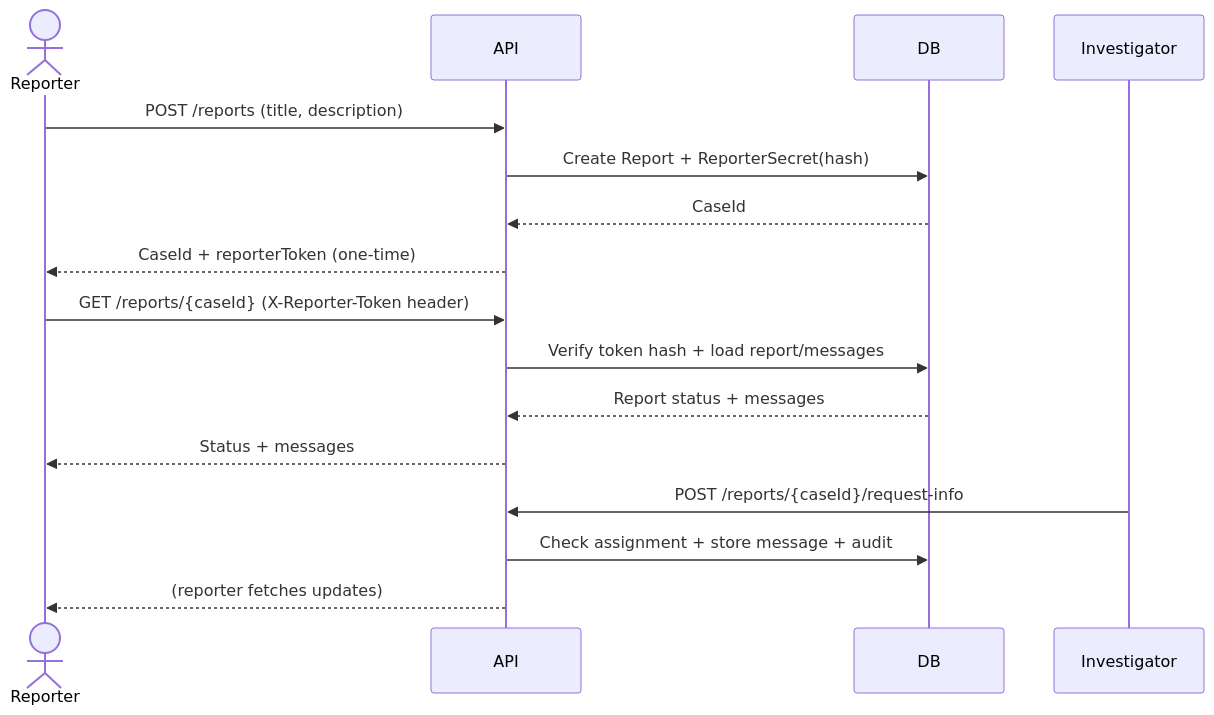
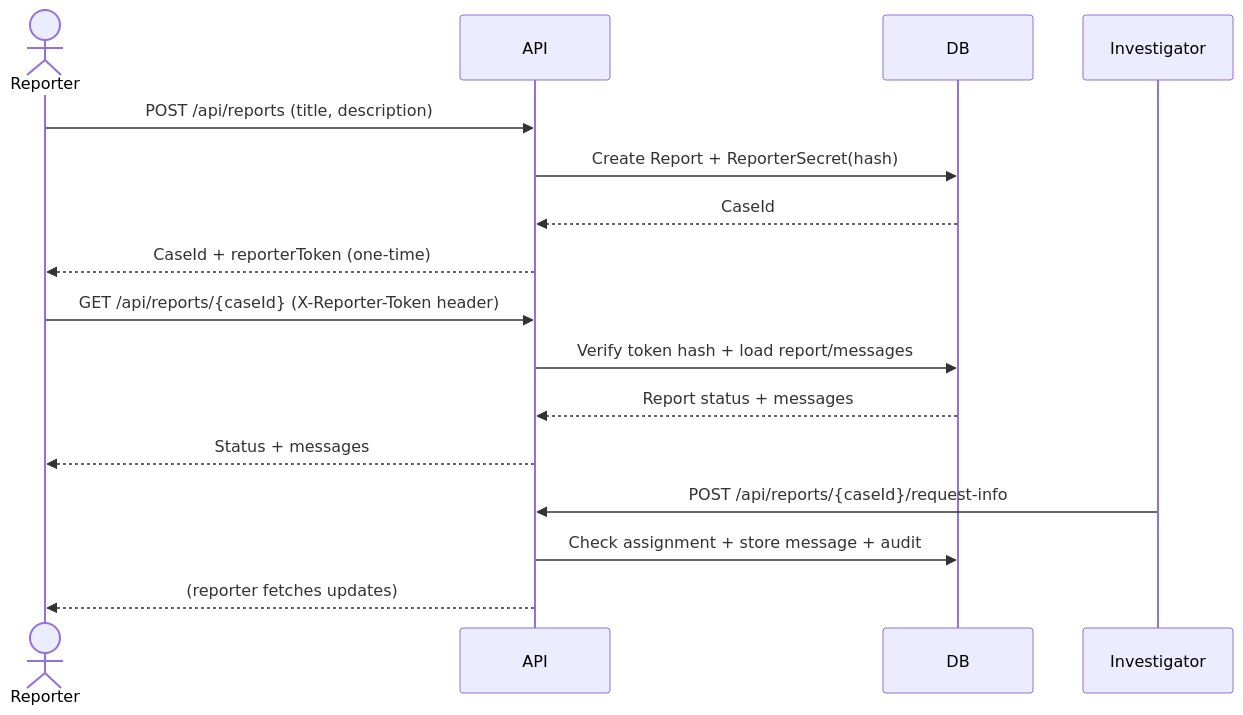
Before and after one commit to obeejohnkanobi/whistleblowerNews: the first of 4 diagrams in docs/whistleblower-design.md, drawn with Mermaid. The commit also changed other lines of this file and 239 other files, not shown here.

````diff
--- a/docs/whistleblower-design.md
+++ b/docs/whistleblower-design.md
@@ -61,21 +76,21 @@
 ```mermaid
 sequenceDiagram
     actor Reporter
     participant API
     participant DB
     participant Investigator
 
-    Reporter->>API: POST /reports (title, description)
+    Reporter->>API: POST /api/reports (title, description)
     API->>DB: Create Report + ReporterSecret(hash)
     DB-->>API: CaseId
     API-->>Reporter: CaseId + reporterToken (one-time)
 
-    Reporter->>API: GET /reports/{caseId} (X-Reporter-Token header)
+    Reporter->>API: GET /api/reports/{caseId} (X-Reporter-Token header)
     API->>DB: Verify token hash + load report/messages
     DB-->>API: Report status + messages
     API-->>Reporter: Status + messages
 
-    Investigator->>API: POST /reports/{caseId}/request-info
+    Investigator->>API: POST /api/reports/{caseId}/request-info
     API->>DB: Check assignment + store message + audit
     API-->>Reporter: (reporter fetches updates)
 ```
````
